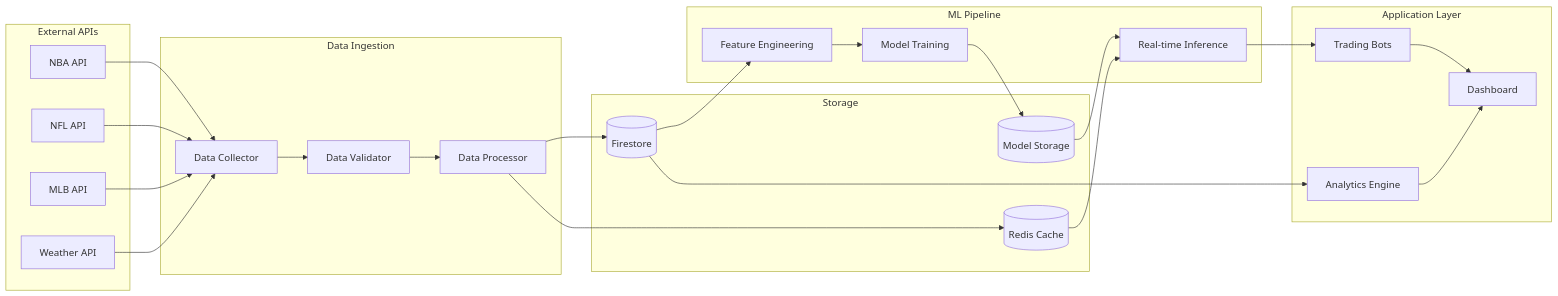
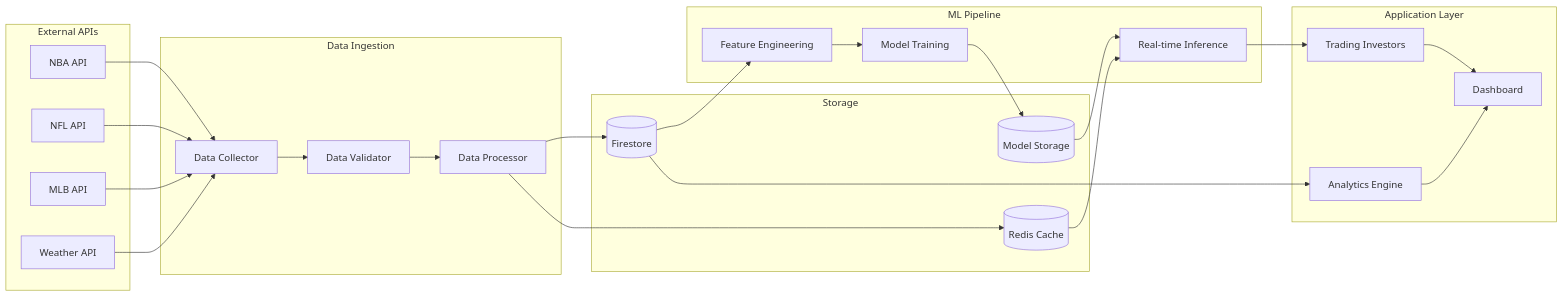
Before and after one commit to jslimak2/SI-HQ: the sixth of 10 diagrams in ARCHITECTURE_AND_SYSTEM_DESIGN.md, drawn with Mermaid. The commit also changed other lines of this file and 20 other files, not shown here.

````diff
--- a/ARCHITECTURE_AND_SYSTEM_DESIGN.md
+++ b/ARCHITECTURE_AND_SYSTEM_DESIGN.md
@@ -277,54 +277,54 @@
 ```mermaid
 flowchart LR
     subgraph "External APIs"
         NBA[NBA API]
         NFL[NFL API]
         MLB[MLB API]
         WEATHER[Weather API]
     end
     
     subgraph "Data Ingestion"
         COLLECTOR[Data Collector]
         VALIDATOR[Data Validator]
         PROCESSOR[Data Processor]
     end
     
     subgraph "Storage"
         FIRESTORE[(Firestore)]
         REDIS[(Redis Cache)]
         MODELS[(Model Storage)]
     end
     
     subgraph "ML Pipeline"
         FEATURE[Feature Engineering]
         TRAINING[Model Training]
         INFERENCE[Real-time Inference]
     end
     
     subgraph "Application Layer"
-        BOTS[Trading Bots]
+        INVESTORS[Trading Investors]
         DASHBOARD[Dashboard]
         ANALYTICS[Analytics Engine]
     end
     
     NBA --> COLLECTOR
     NFL --> COLLECTOR
     MLB --> COLLECTOR
     WEATHER --> COLLECTOR
     
     COLLECTOR --> VALIDATOR
     VALIDATOR --> PROCESSOR
     PROCESSOR --> FIRESTORE
     PROCESSOR --> REDIS
     
     FIRESTORE --> FEATURE
     FEATURE --> TRAINING
     TRAINING --> MODELS
     MODELS --> INFERENCE
     
     REDIS --> INFERENCE
-    INFERENCE --> BOTS
+    INFERENCE --> INVESTORS
     FIRESTORE --> ANALYTICS
     ANALYTICS --> DASHBOARD
-    BOTS --> DASHBOARD
+    INVESTORS --> DASHBOARD
 ```
````
